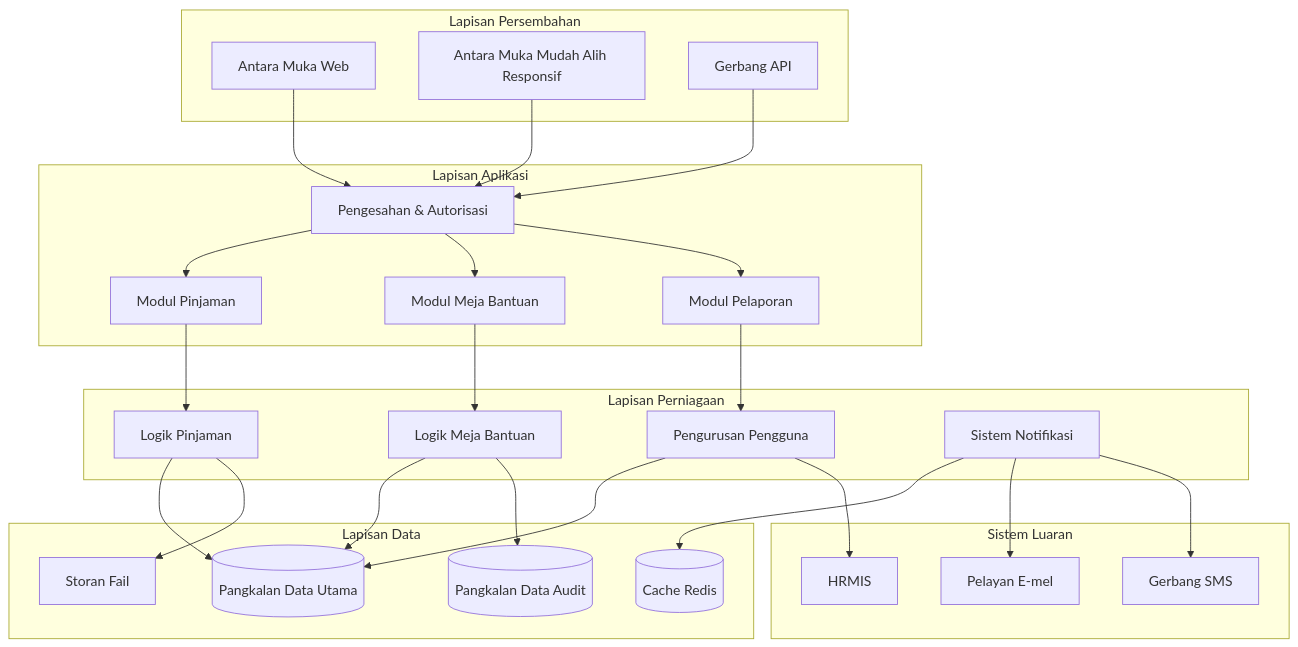
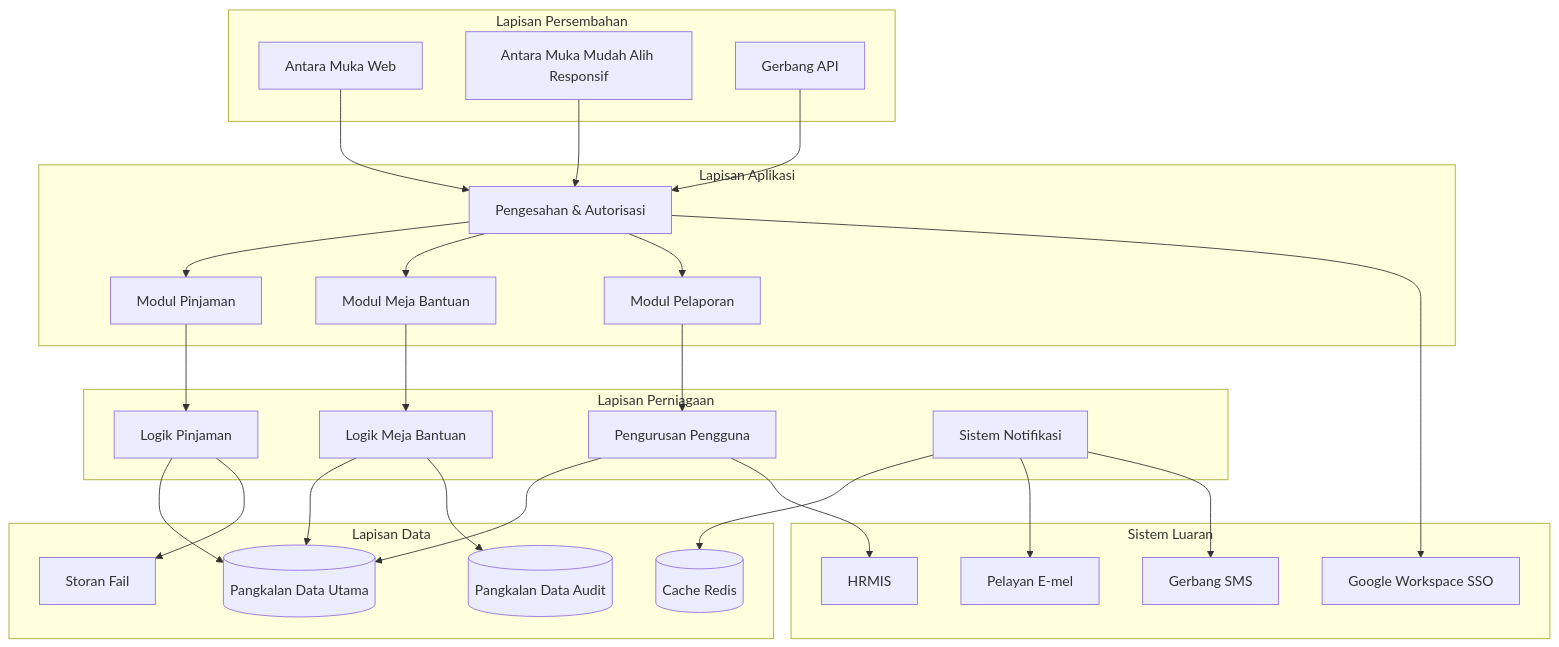
Before and after one commit to IzzatFirdaus/ictserve-031125: the first of 5 diagrams in docs/ICTServe_System_Documentation.md, drawn with Mermaid. The commit also changed other lines of this file and 3 other files, not shown here.

````diff
--- a/docs/ICTServe_System_Documentation.md
+++ b/docs/ICTServe_System_Documentation.md
@@ -227,59 +235,61 @@
 ```mermaid
 graph TB
     subgraph "Lapisan Persembahan"
         UI[Antara Muka Web]
         Mobile[Antara Muka Mudah Alih Responsif]
         API_UI[Gerbang API]
     end
 
     subgraph "Lapisan Aplikasi"
         Auth[Pengesahan & Autorisasi]
         Loan[Modul Pinjaman]
         Help[Modul Meja Bantuan]
         Report[Modul Pelaporan]
     end
 
     subgraph "Lapisan Perniagaan"
         BL_Loan[Logik Pinjaman]
         BL_Help[Logik Meja Bantuan]
         BL_User[Pengurusan Pengguna]
         BL_Notify[Sistem Notifikasi]
     end
 
     subgraph "Lapisan Data"
         DB[(Pangkalan Data Utama)]
         Cache[(Cache Redis)]
         Files[Storan Fail]
         Audit[(Pangkalan Data Audit)]
     end
 
     subgraph "Sistem Luaran"
         HRMIS[HRMIS]
         Email[Pelayan E-mel]
         SMS[Gerbang SMS]
+        Google[Google Workspace SSO]
     end
 
     UI --> Auth
     Mobile --> Auth
     API_UI --> Auth
 
     Auth --> Loan
     Auth --> Help
     Auth --> Report
 
     Loan --> BL_Loan
     Help --> BL_Help
     Report --> BL_User
 
     BL_Loan --> DB
     BL_Help --> DB
     BL_User --> DB
     BL_Notify --> Cache
 
     BL_Loan --> Files
     BL_Help --> Audit
     BL_Notify --> Email
     BL_Notify --> SMS
 
     BL_User --> HRMIS
+    Auth --> Google
 ```
````
